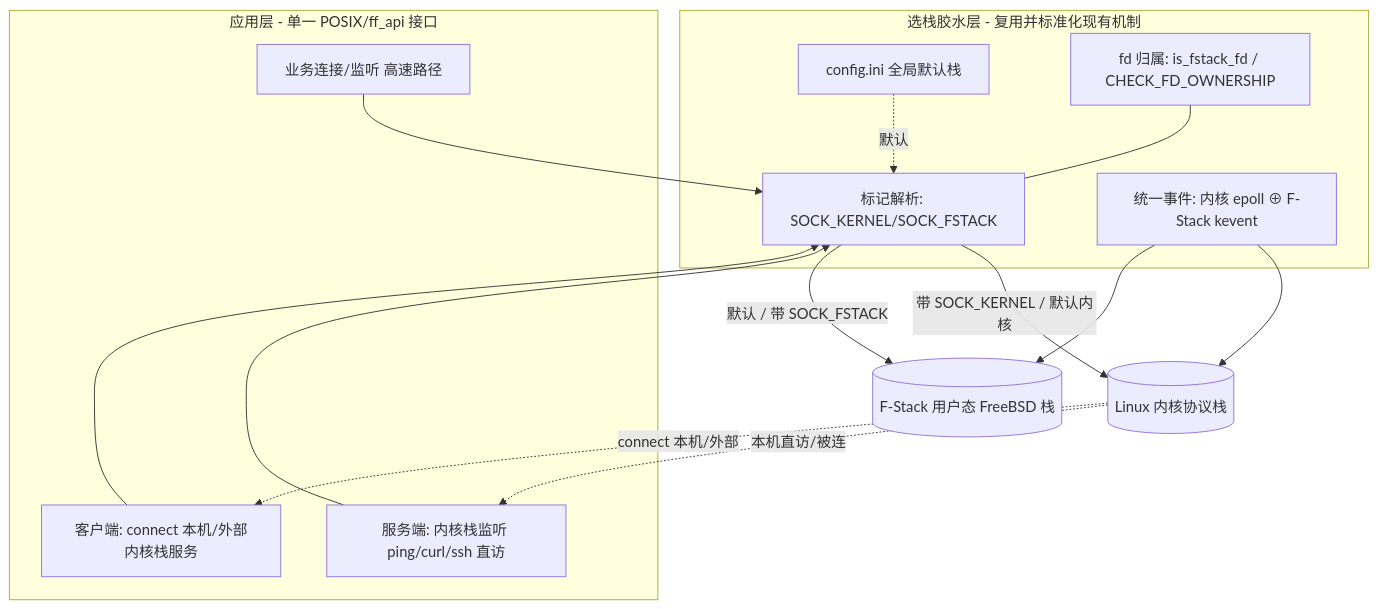
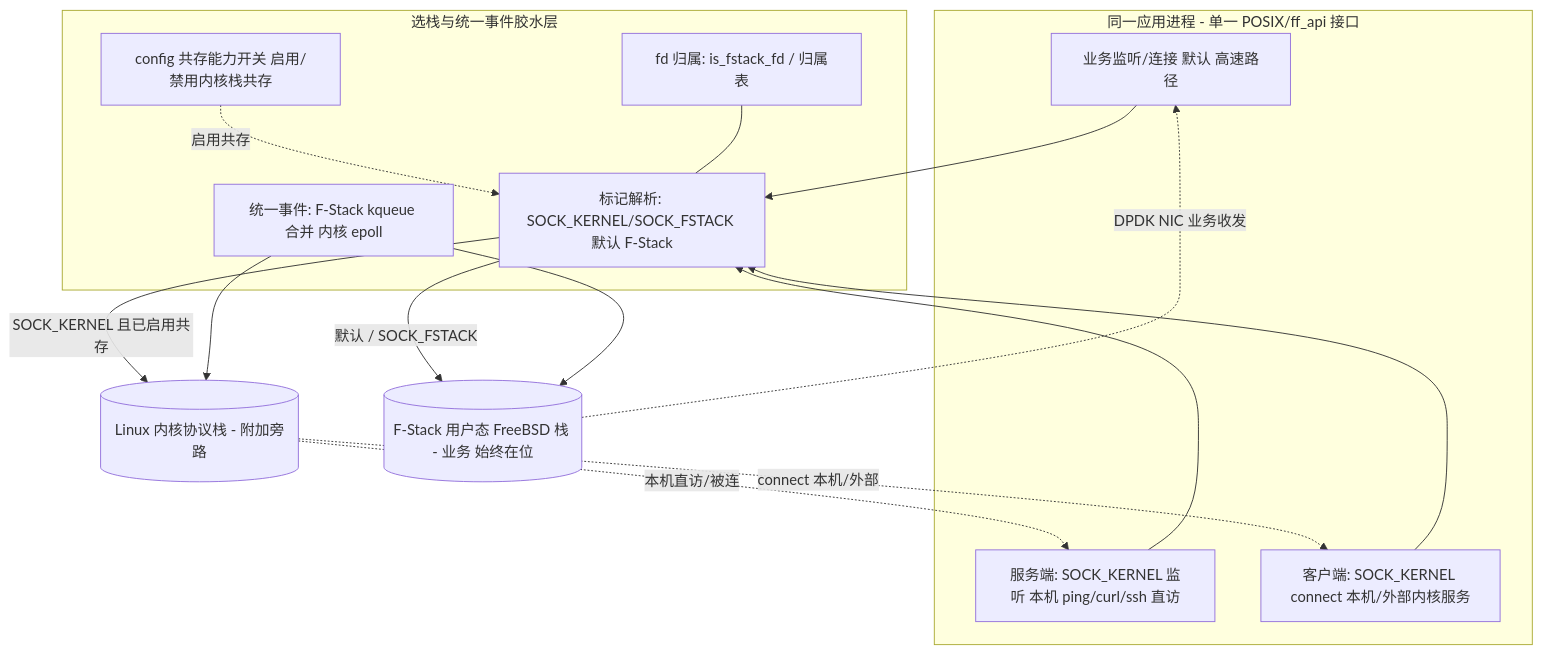
The diagram in docs/kernel_event_support_spec/zh_cn/04-architecture-design.md (F-Stack/f-stack), drawn with Mermaid before and after one commit. The commit also changed other lines of this file and 10 other files, not shown here.

First line of the commit message:
docs(stack-coexist): rewrite spec to F-Stack + kernel coexistence paradigm

````diff
--- a/docs/kernel_event_support_spec/zh_cn/04-architecture-design.md
+++ b/docs/kernel_event_support_spec/zh_cn/04-architecture-design.md
@@ -28,28 +26,29 @@
 ```mermaid
 graph TD
-    subgraph APP[应用层 - 单一 POSIX/ff_api 接口]
-      A1[业务连接/监听 高速路径]
-      A2[服务端: 内核栈监听 ping/curl/ssh 直访]
-      A3[客户端: connect 本机/外部内核栈服务]
+    subgraph APP[同一应用进程 - 单一 POSIX/ff_api 接口]
+      A1[业务监听/连接 默认 高速路径]
+      A2[服务端: SOCK_KERNEL 监听 本机 ping/curl/ssh 直访]
+      A3[客户端: SOCK_KERNEL connect 本机/外部内核服务]
     end
-    subgraph GLUE[选栈胶水层 - 复用并标准化现有机制]
-      MK[标记解析: SOCK_KERNEL/SOCK_FSTACK]
-      CF[config.ini 全局默认栈]
-      OWN[fd 归属: is_fstack_fd / CHECK_FD_OWNERSHIP]
-      EV[统一事件: 内核 epoll ⊕ F-Stack kevent]
+    subgraph GLUE[选栈与统一事件胶水层]
+      MK[标记解析: SOCK_KERNEL/SOCK_FSTACK 默认 F-Stack]
+      SW[config 共存能力开关 启用/禁用内核栈共存]
+      OWN[fd 归属: is_fstack_fd / 归属表]
+      EV[统一事件: F-Stack kqueue 合并 内核 epoll]
     end
-    K[(Linux 内核协议栈)]
-    F[(F-Stack 用户态 FreeBSD 栈)]
+    F[(F-Stack 用户态 FreeBSD 栈 - 业务 始终在位)]
+    K[(Linux 内核协议栈 - 附加旁路)]
 
     A1 --> MK
     A2 --> MK
     A3 --> MK
-    CF -.默认.-> MK
-    MK -->|带 SOCK_KERNEL / 默认内核| K
-    MK -->|默认 / 带 SOCK_FSTACK| F
+    SW -.启用共存.-> MK
+    MK -->|默认 / SOCK_FSTACK| F
+    MK -->|SOCK_KERNEL 且已启用共存| K
     OWN --- MK
+    EV --> F
     EV --> K
-    EV --> F
     K -.本机直访/被连.-> A2
     K -.connect 本机/外部.-> A3
+    F -.DPDK NIC 业务收发.-> A1
 ```
````
